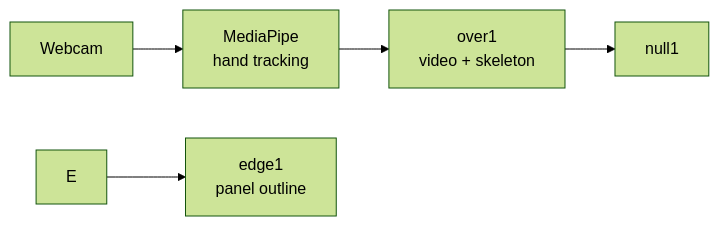
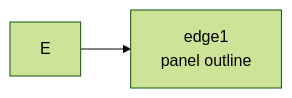
The diagram in README.md (neempata/pixelated-probabilistic-quadtree-touchdesigner), drawn with Mermaid (forest theme) before and after one commit.

Commit message:
Update flowchart in README.md
Removed unnecessary lines from the flowchart in the README.

````diff
--- a/README.md
+++ b/README.md
@@ -52,8 +52,5 @@
 ```mermaid
 flowchart LR
-    A[Webcam] --> B[MediaPipe<br/>hand tracking]
-    B --> C[over1<br/>video + skeleton]
-    C --> D[null1]
-  
+
     E --> H[edge1<br/>panel outline]
 ```
````
